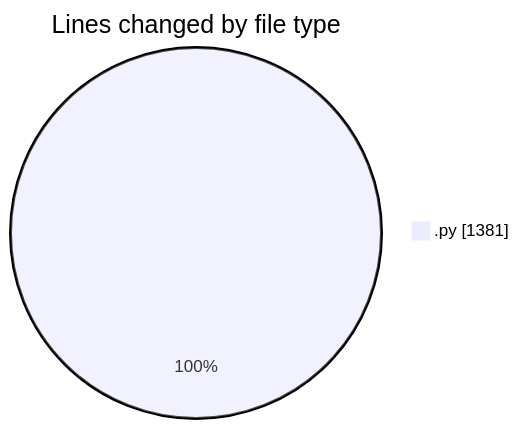
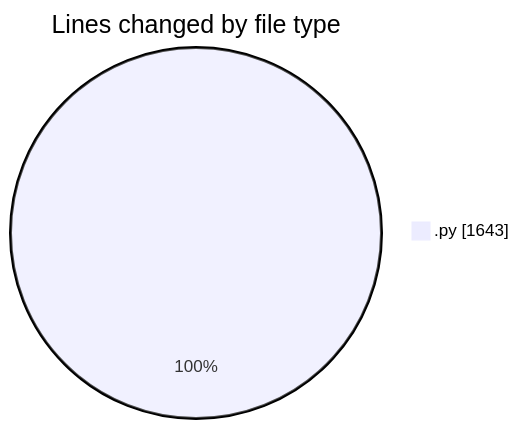
One commit to julien-gomy/code-tracking changed the first of 2 diagrams in 2025-10-29/eventscop-api-guide__workspace_/README.md. Above: the diagram before and after it, drawn with Mermaid. The commit also changed other lines of this file and 1 other file, not shown here.

````diff
--- a/2025-10-29/eventscop-api-guide__workspace_/README.md
+++ b/2025-10-29/eventscop-api-guide__workspace_/README.md
@@ -24,5 +25,5 @@
 ```mermaid
 pie showData
 title Lines changed by file type
-".py" : 1381
+".py" : 1643
 ```
````
